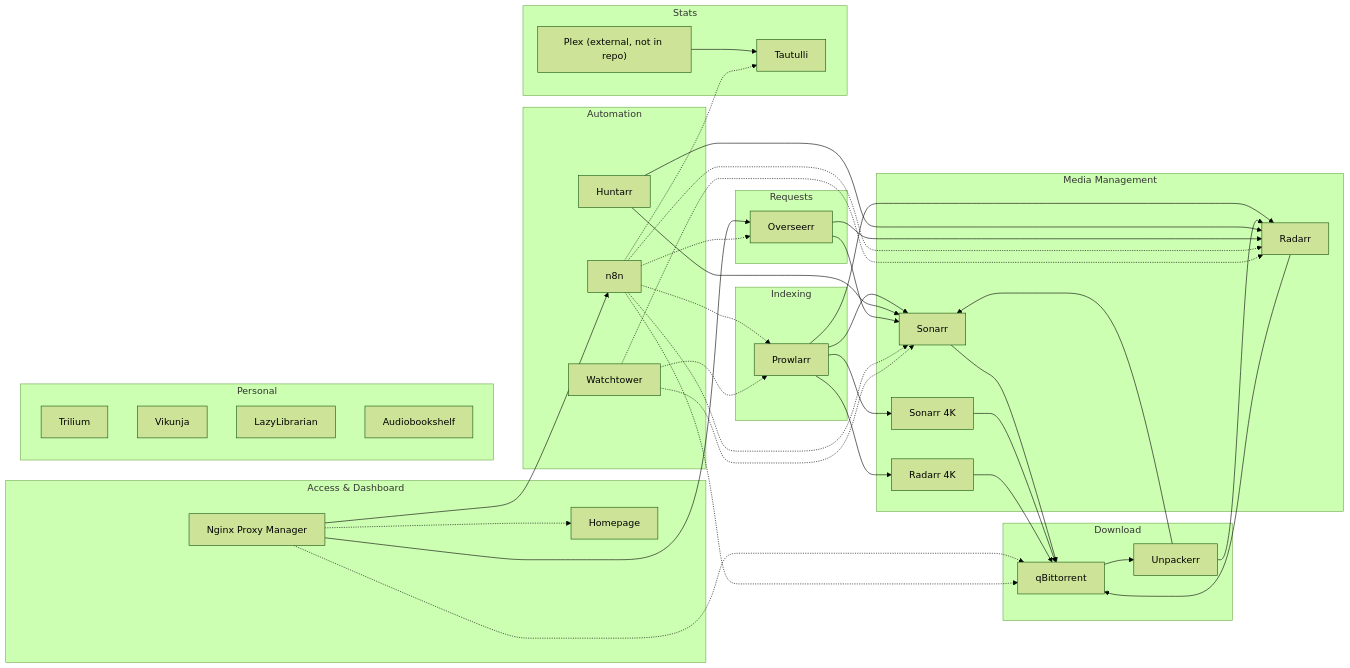
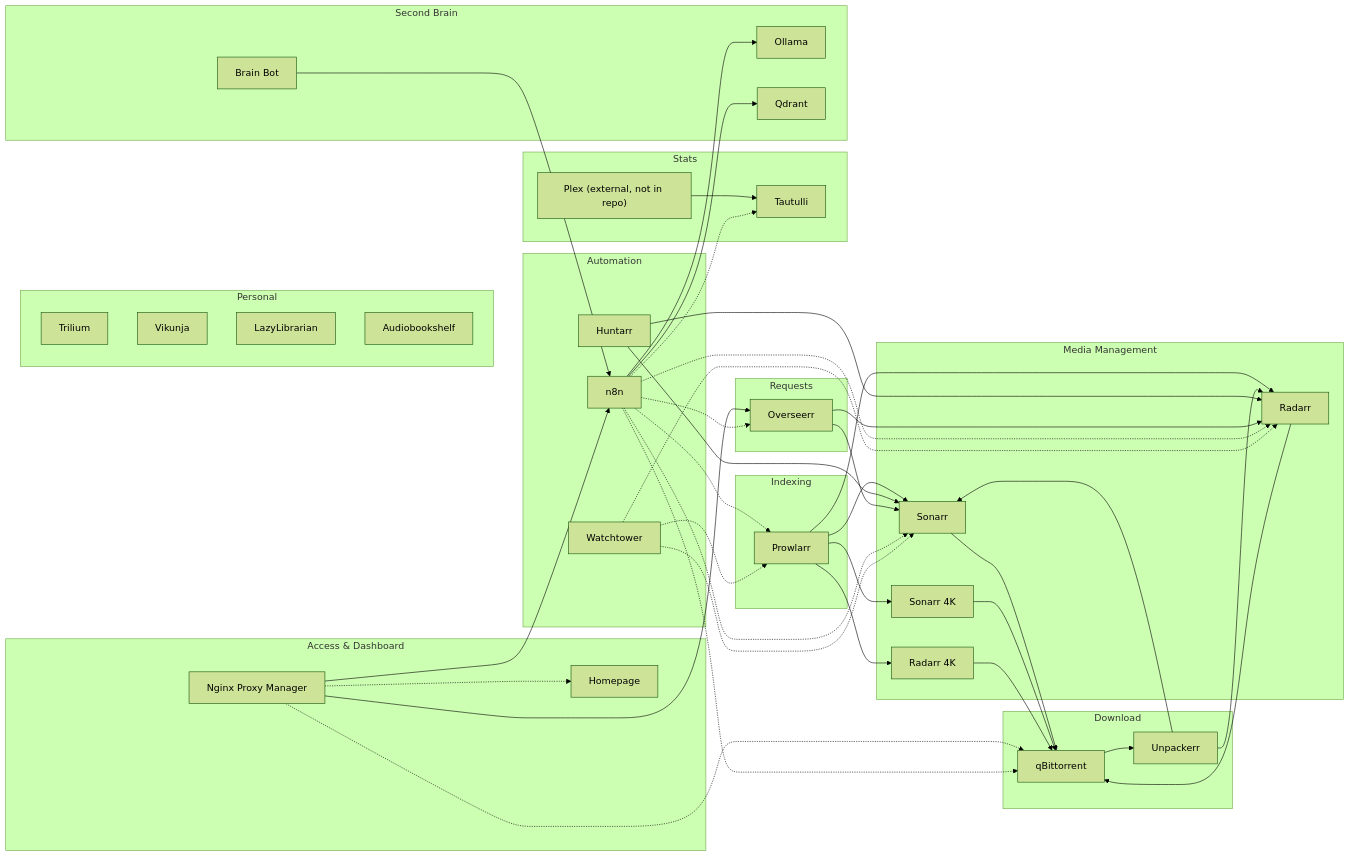
One commit to kodyparton/docker_homelab changed the diagram in docs/architecture/overview.md. Above: the diagram before and after it, drawn with Mermaid (forest theme). The commit also changed other lines of this file and 15 other files, not shown here.

````diff
--- a/docs/architecture/overview.md
+++ b/docs/architecture/overview.md
@@ -7,68 +7,76 @@
 ```mermaid
 flowchart LR
     subgraph Indexing
         Prowlarr
     end
     subgraph "Media Management"
         Sonarr
         SonarrHD["Sonarr 4K"]
         Radarr
         RadarrHD["Radarr 4K"]
     end
     subgraph Download
         qBittorrent
         Unpackerr
     end
     subgraph Requests
         Overseerr
     end
     subgraph Stats
         Tautulli
         Plex["Plex (external, not in repo)"]
     end
     subgraph Automation
         Huntarr
         n8n
         Watchtower
     end
     subgraph "Access & Dashboard"
         NPM["Nginx Proxy Manager"]
         Homepage
     end
     subgraph Personal
         Trilium
         Vikunja
         LazyLibrarian
         Audiobookshelf
     end
+    subgraph "Second Brain"
+        BrainBot["Brain Bot"]
+        Ollama
+        Qdrant
+    end
 
     Prowlarr --> Sonarr
     Prowlarr --> SonarrHD
     Prowlarr --> Radarr
     Prowlarr --> RadarrHD
     Sonarr --> qBittorrent
     SonarrHD --> qBittorrent
     Radarr --> qBittorrent
     RadarrHD --> qBittorrent
     qBittorrent --> Unpackerr
     Unpackerr --> Sonarr
     Unpackerr --> Radarr
     Huntarr --> Sonarr
     Huntarr --> Radarr
     Overseerr --> Sonarr
     Overseerr --> Radarr
     Plex --> Tautulli
     NPM --> n8n
     NPM --> Overseerr
     NPM -.-> qBittorrent
     NPM -.-> Homepage
     n8n -.-> Sonarr
     n8n -.-> Radarr
     n8n -.-> Prowlarr
     n8n -.-> Overseerr
     n8n -.-> Tautulli
     n8n -.-> qBittorrent
     Watchtower -.-> Sonarr
     Watchtower -.-> Radarr
     Watchtower -.-> Prowlarr
+    BrainBot --> n8n
+    n8n --> Ollama
+    n8n --> Qdrant
 ```
````
